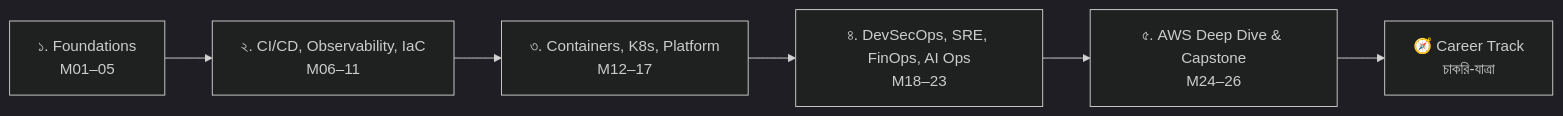
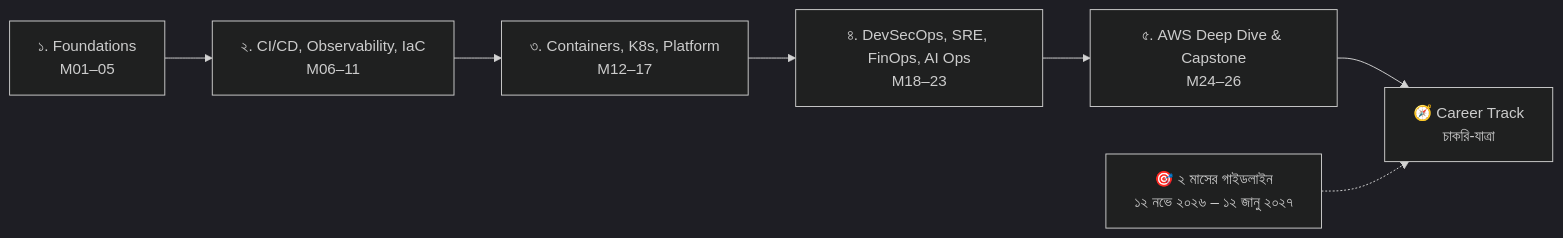
The first of 2 diagrams in README.md (SuaibAL/DevOps), drawn with Mermaid (dark theme) before and after one commit. The commit also changed other lines of this file and 1 other file, not shown here.

````diff
--- a/README.md
+++ b/README.md
@@ -12,8 +12,9 @@
 ```mermaid
 flowchart LR
     S1["১. Foundations\nM01–05"] --> S2["২. CI/CD, Observability, IaC\nM06–11"]
     S2 --> S3["৩. Containers, K8s, Platform\nM12–17"]
     S3 --> S4["৪. DevSecOps, SRE, FinOps, AI Ops\nM18–23"]
     S4 --> S5["৫. AWS Deep Dive & Capstone\nM24–26"]
     S5 --> CT["🧭 Career Track\nচাকরি-যাত্রা"]
+    G["🎯 ২ মাসের গাইডলাইন\n১২ নভে ২০২৬ – ১২ জানু ২০২৭"] -.-> CT
 ```
````
